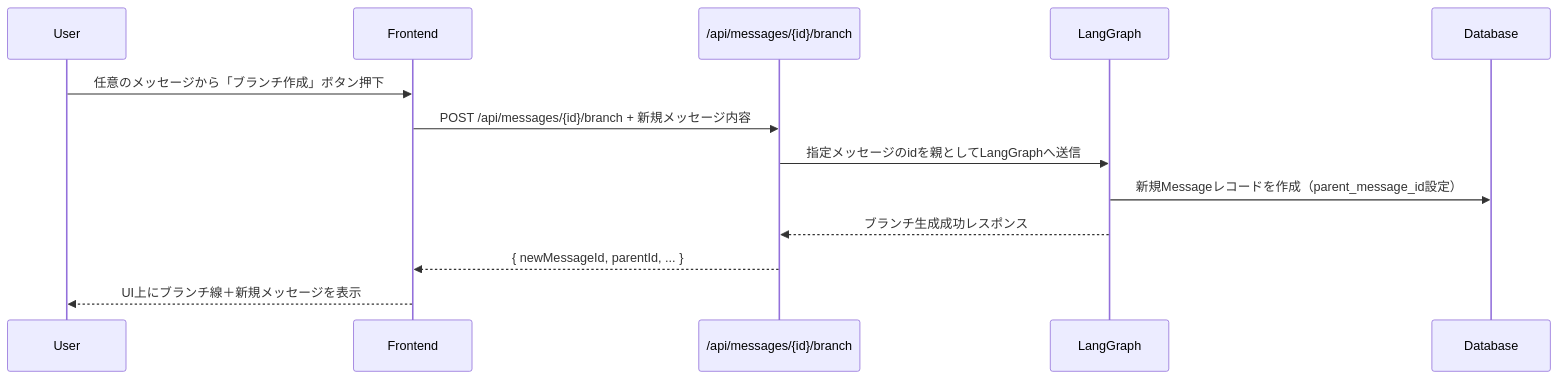
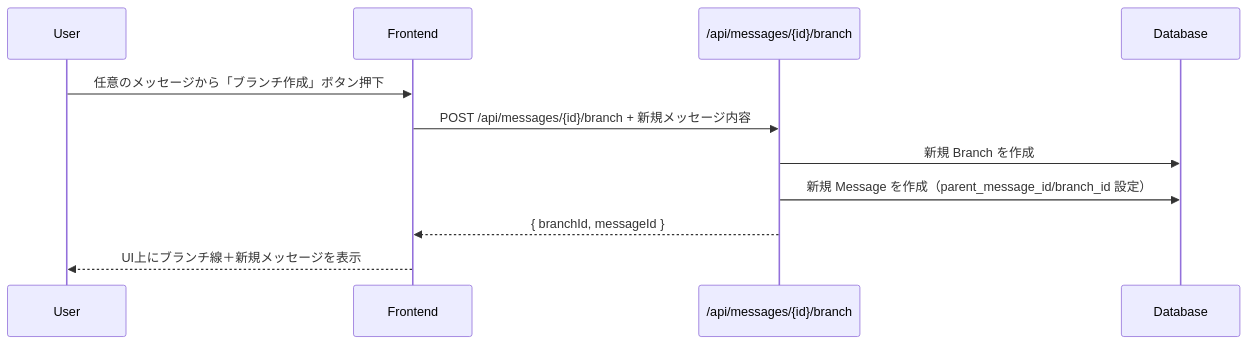
Before and after one commit to Yosh1ki/branch-chatai: the second of 4 diagrams in specforhuman/flows.md, drawn with Mermaid. The commit also changed other lines of this file and 32 other files, not shown here.

````diff
--- a/specforhuman/flows.md
+++ b/specforhuman/flows.md
@@ -37,16 +39,14 @@
 ```mermaid
 sequenceDiagram
   participant U as User
   participant FE as Frontend
   participant API as /api/messages/{id}/branch
-  participant LG as LangGraph
   participant DB as Database
 
   U->>FE: 任意のメッセージから「ブランチ作成」ボタン押下
   FE->>API: POST /api/messages/{id}/branch + 新規メッセージ内容
-  API->>LG: 指定メッセージのidを親としてLangGraphへ送信
-  LG->>DB: 新規Messageレコードを作成（parent_message_id設定）
-  LG-->>API: ブランチ生成成功レスポンス
-  API-->>FE: { newMessageId, parentId, ... }
+  API->>DB: 新規 Branch を作成
+  API->>DB: 新規 Message を作成（parent_message_id/branch_id 設定）
+  API-->>FE: { branchId, messageId }
   FE-->>U: UI上にブランチ線＋新規メッセージを表示
 ```
````
